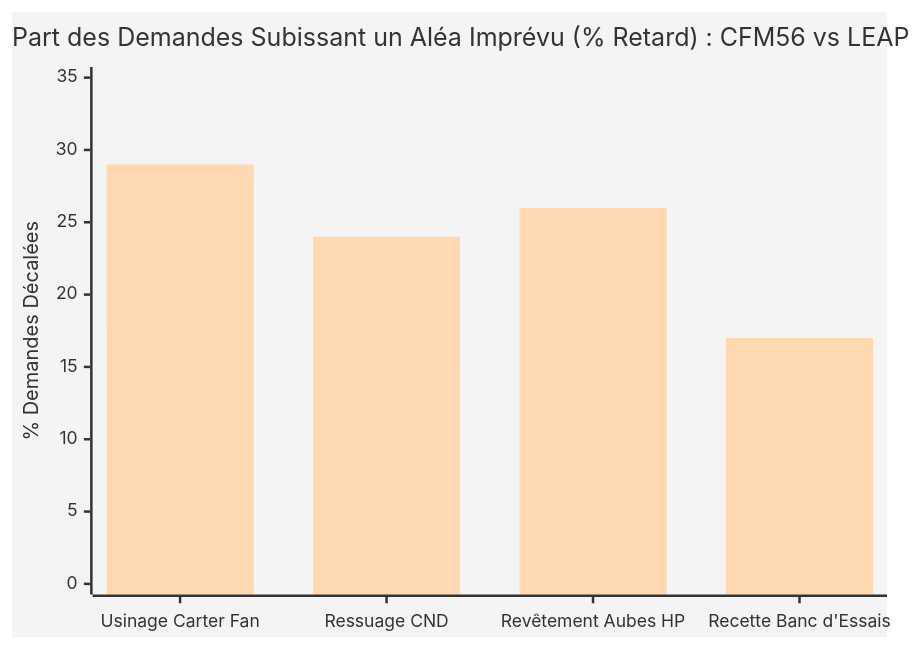
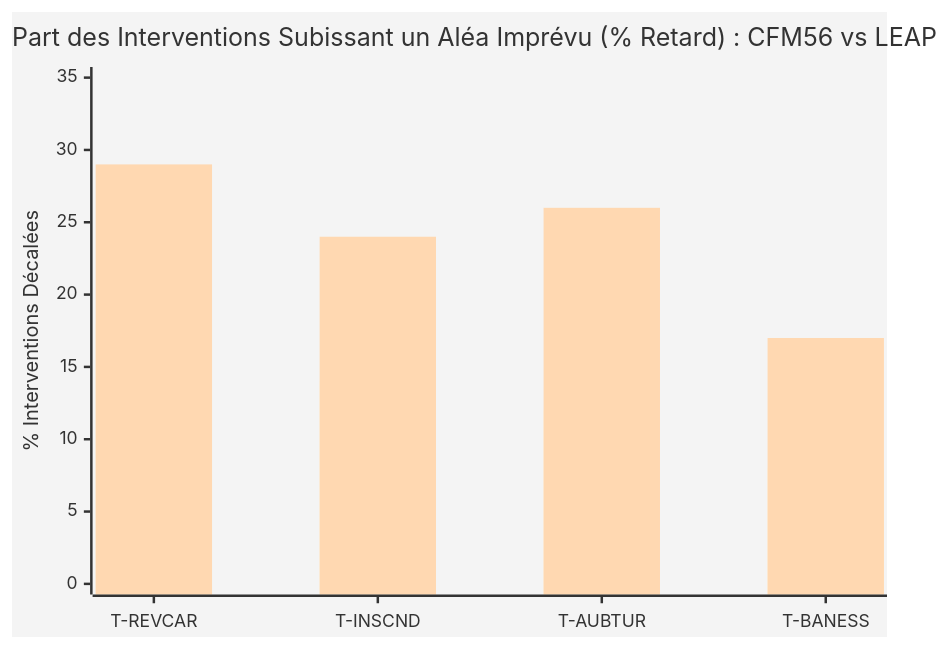
One commit to quangfr/bimaestro changed the tenth of 16 diagrams in content.md. Above: the diagram before and after it, drawn with Mermaid. The commit also changed other lines of this file and 6 other files, not shown here.

````diff
--- a/content.md
+++ b/content.md
@@ -674,9 +642,9 @@
 ```mermaid
 %%{init: {'theme': 'base'}}%%
 xychart-beta
-    title "Part des Demandes Subissant un Aléa Imprévu (% Retard) : CFM56 vs LEAP"
-    x-axis ["Usinage Carter Fan", "Ressuage CND", "Revêtement Aubes HP", "Recette Banc d'Essais"]
-    y-axis "% Demandes Décalées" 0 --> 35
+    title "Part des Interventions Subissant un Aléa Imprévu (% Retard) : CFM56 vs LEAP"
+    x-axis ["T-REVCAR", "T-INSCND", "T-AUBTUR", "T-BANESS"]
+    y-axis "% Interventions Décalées" 0 --> 35
     bar [18, 14, 12, 8]
     bar [29, 24, 26, 17]
 ```
````
